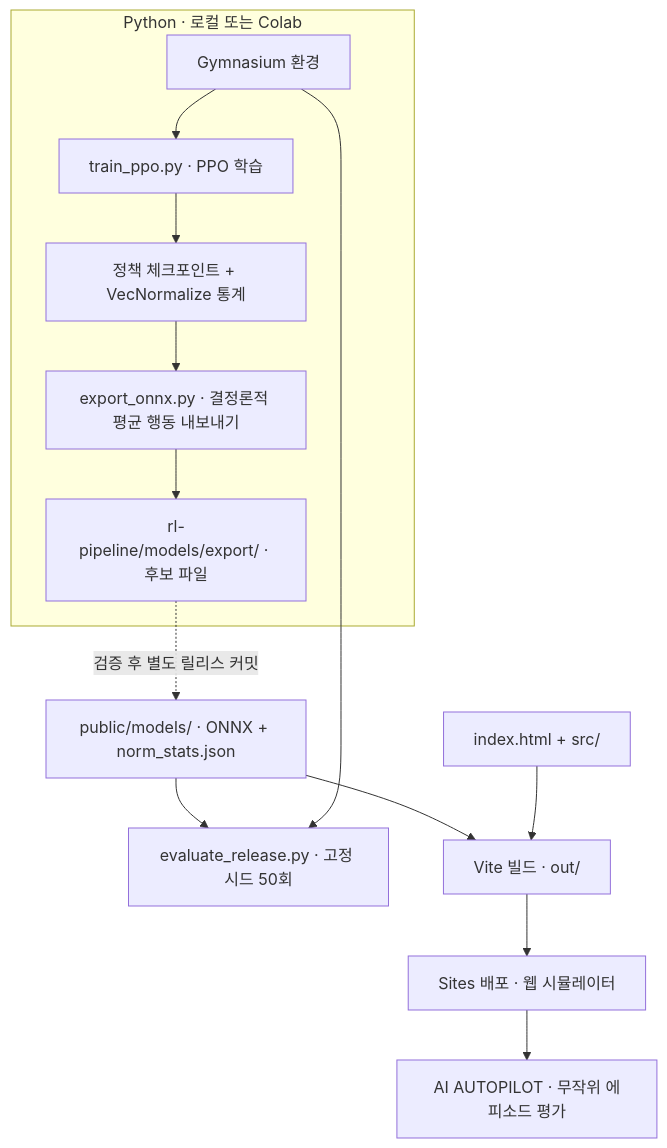
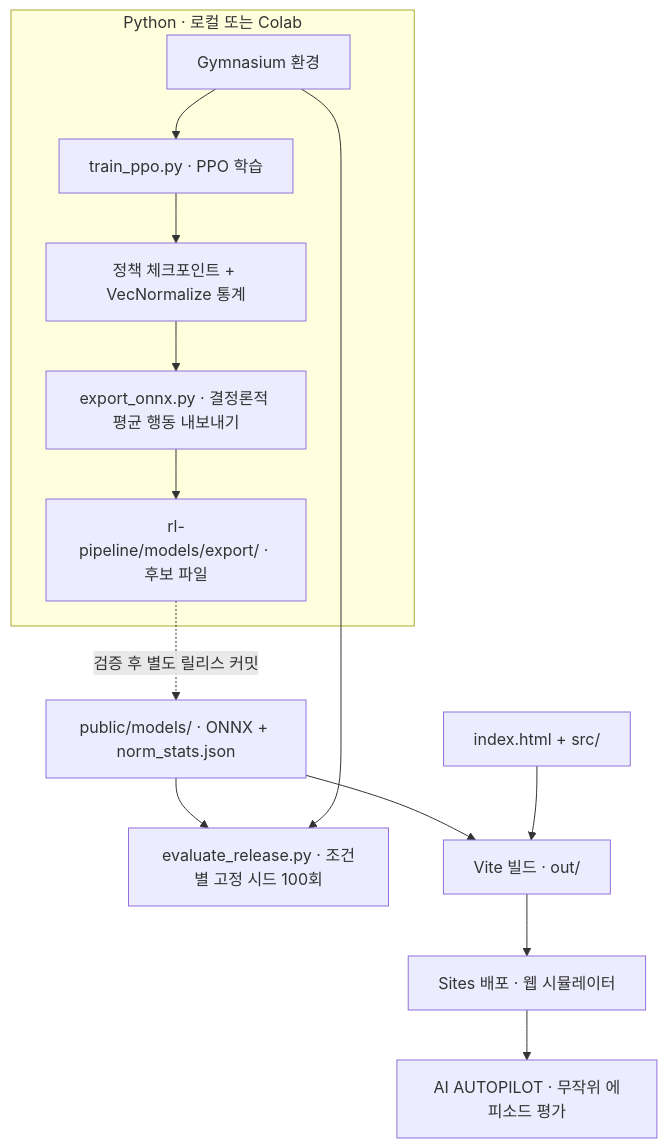
Before and after one commit to woojun1111/Virtual-Launch-Lab: the first of 2 diagrams in docs/development-pipeline.md, drawn with Mermaid. The commit also changed other lines of this file and 20 other files, not shown here.

````diff
--- a/docs/development-pipeline.md
+++ b/docs/development-pipeline.md
@@ -7,16 +7,16 @@
 ```mermaid
 flowchart TB
   subgraph python["Python · 로컬 또는 Colab"]
     E["Gymnasium 환경"] --> T["train_ppo.py · PPO 학습"]
     T --> K["정책 체크포인트 + VecNormalize 통계"]
     K --> X["export_onnx.py · 결정론적 평균 행동 내보내기"]
     X --> C["rl-pipeline/models/export/ · 후보 파일"]
   end
   C -. "검증 후 별도 릴리스 커밋" .-> P["public/models/ · ONNX + norm_stats.json"]
-  P --> V["evaluate_release.py · 고정 시드 50회"]
+  P --> V["evaluate_release.py · 조건별 고정 시드 100회"]
   E --> V
   P --> B["Vite 빌드 · out/"]
   S["index.html + src/"] --> B
   B --> H["Sites 배포 · 웹 시뮬레이터"]
   H --> W["AI AUTOPILOT · 무작위 에피소드 평가"]
 ```
````
